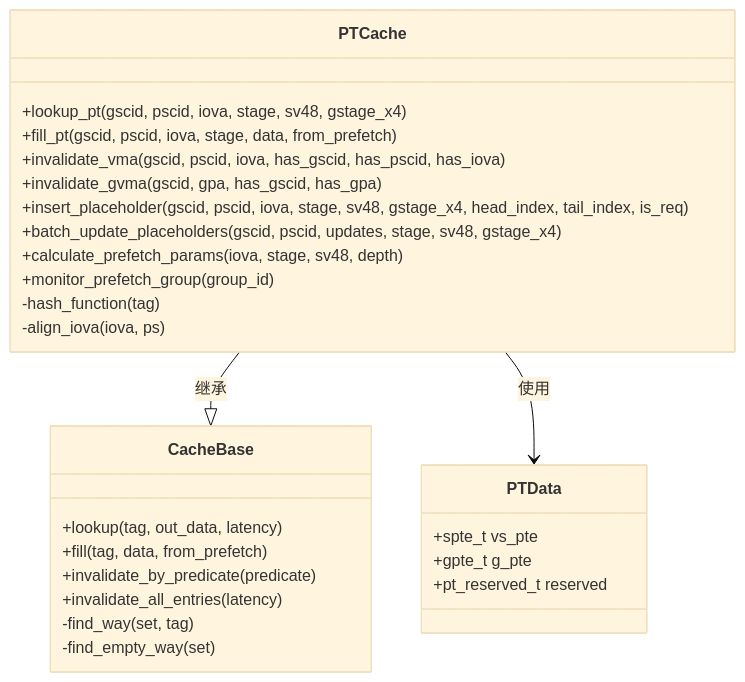
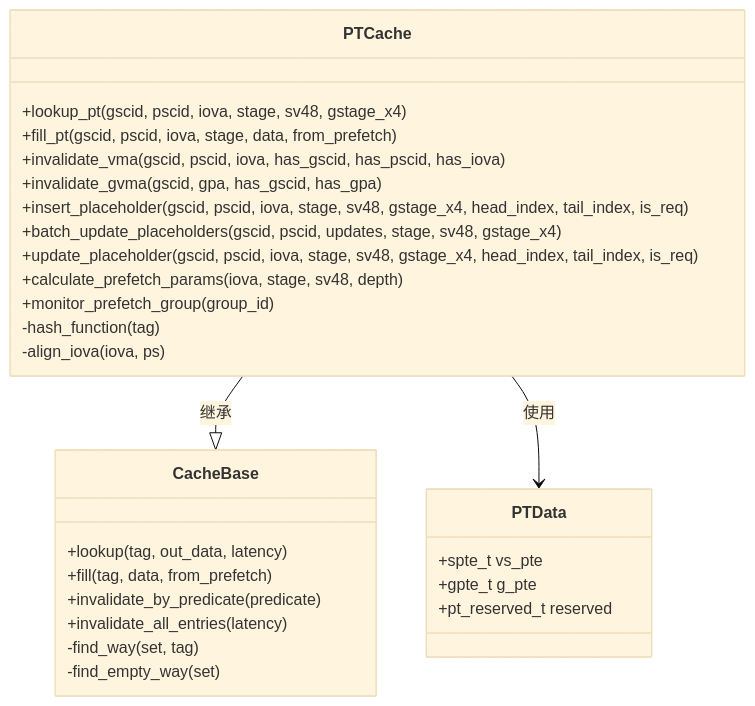
Before and after one commit to jiangjiang1122/iommu_model_20260401_v1: the third of 7 diagrams in .qoder/repowiki/zh/content/缓存系统架构/页表缓存(PT Cache)/PT Cache去重+预取集成.md, drawn with Mermaid (base theme). The commit also changed other lines of this file and 10 other files, not shown here.

````diff
--- a/.qoder/repowiki/zh/content/缓存系统架构/页表缓存(PT Cache)/PT Cache去重+预取集成.md
+++ b/.qoder/repowiki/zh/content/缓存系统架构/页表缓存(PT Cache)/PT Cache去重+预取集成.md
@@ -199,30 +227,31 @@
 ```mermaid
 classDiagram
 class PTCache {
 +lookup_pt(gscid, pscid, iova, stage, sv48, gstage_x4)
 +fill_pt(gscid, pscid, iova, stage, data, from_prefetch)
 +invalidate_vma(gscid, pscid, iova, has_gscid, has_pscid, has_iova)
 +invalidate_gvma(gscid, gpa, has_gscid, has_gpa)
 +insert_placeholder(gscid, pscid, iova, stage, sv48, gstage_x4, head_index, tail_index, is_req)
 +batch_update_placeholders(gscid, pscid, updates, stage, sv48, gstage_x4)
++update_placeholder(gscid, pscid, iova, stage, sv48, gstage_x4, head_index, tail_index, is_req)
 +calculate_prefetch_params(iova, stage, sv48, depth)
 +monitor_prefetch_group(group_id)
 -hash_function(tag)
 -align_iova(iova, ps)
 }
 class CacheBase {
 +lookup(tag, out_data, latency)
 +fill(tag, data, from_prefetch)
 +invalidate_by_predicate(predicate)
 +invalidate_all_entries(latency)
 -find_way(set, tag)
 -find_empty_way(set)
 }
 class PTData {
 +spte_t vs_pte
 +gpte_t g_pte
 +pt_reserved_t reserved
 }
 PTCache --|> CacheBase : 继承
 PTCache --> PTData : 使用
 ```
````
